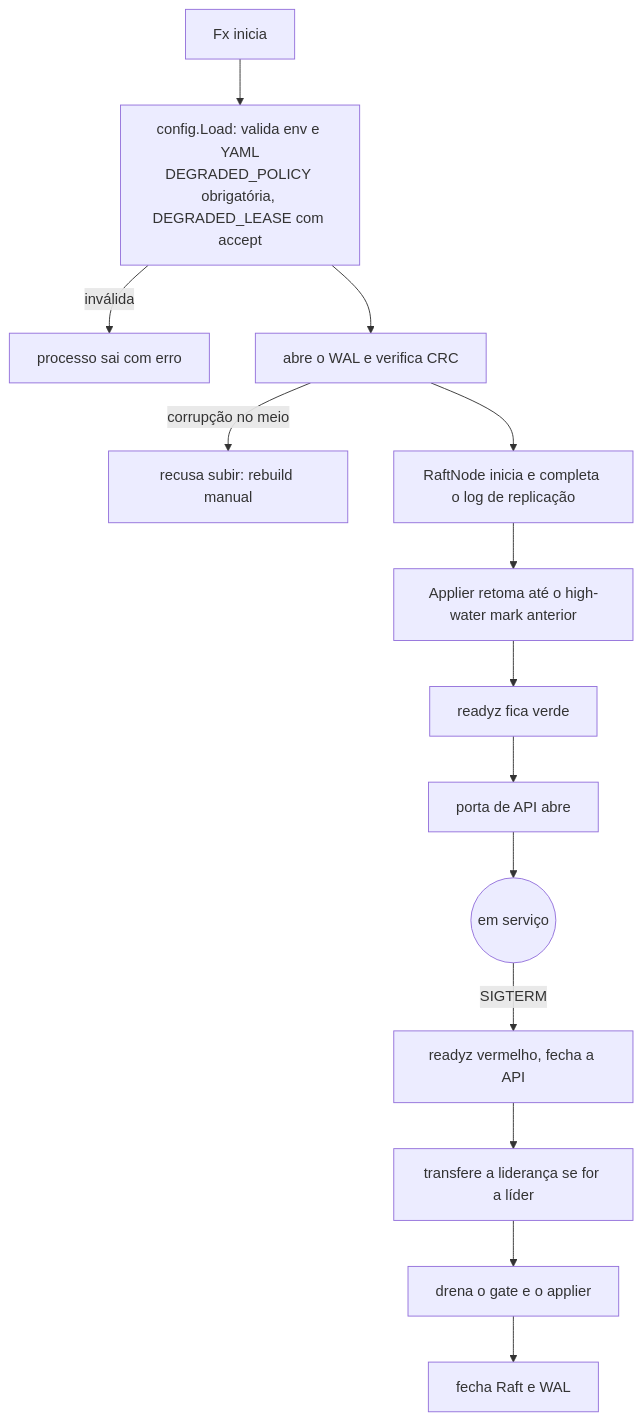
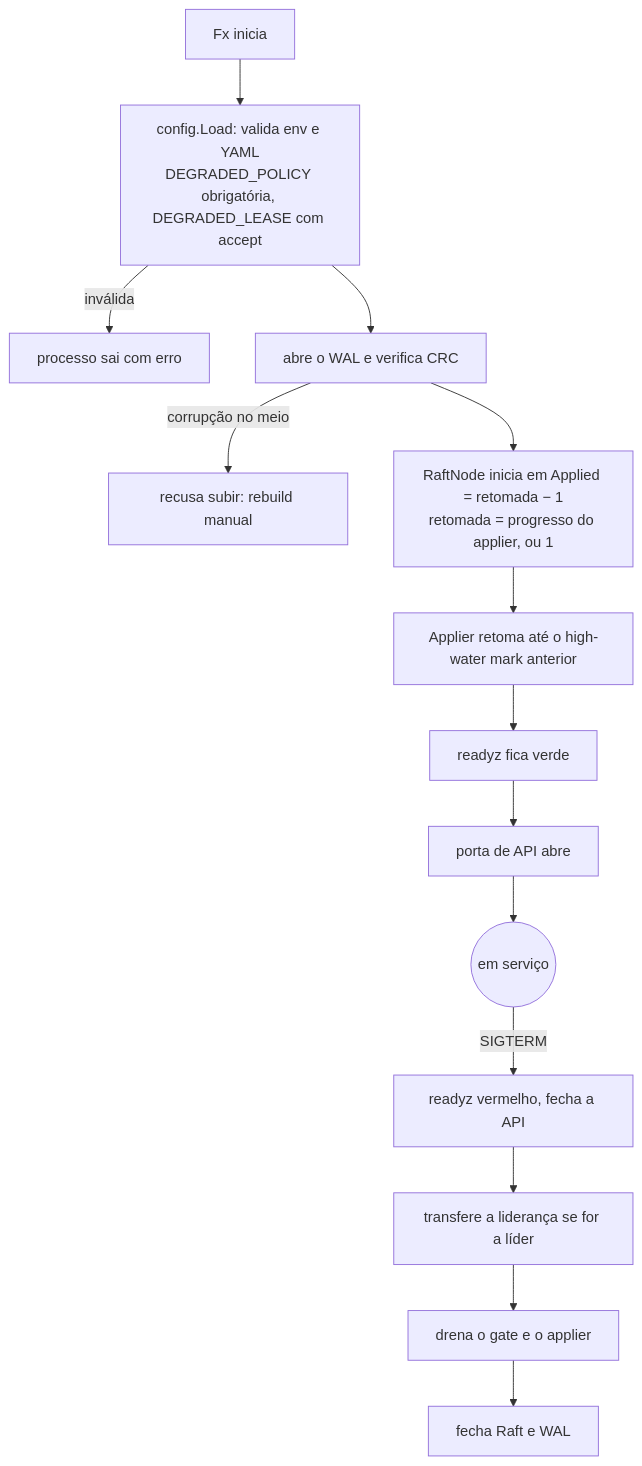
One commit to brbarmex/k changed the sixth of 10 diagrams in doc/05_implementacao/02_desenho_e_diagramas.md. Above: the diagram before and after it, drawn with Mermaid. The commit also changed other lines of this file and 197 other files, not shown here.

First line of the commit message:
Remove o log de replicação (replog) e todas as menções

````diff
--- a/doc/05_implementacao/02_desenho_e_diagramas.md
+++ b/doc/05_implementacao/02_desenho_e_diagramas.md
@@ -206,16 +204,16 @@
 ```mermaid
 flowchart TD
     A["Fx inicia"] --> B["config.Load: valida env e YAML<br/>DEGRADED_POLICY obrigatória, DEGRADED_LEASE com accept"]
     B -->|inválida| X["processo sai com erro"]
     B --> C["abre o WAL e verifica CRC"]
     C -->|corrupção no meio| Y["recusa subir: rebuild manual"]
-    C --> D["RaftNode inicia e completa o log de replicação"]
+    C --> D["RaftNode inicia em Applied = retomada − 1<br/>retomada = progresso do applier, ou 1"]
     D --> E["Applier retoma até o high-water mark anterior"]
     E --> F["readyz fica verde"]
     F --> G["porta de API abre"]
     G --> H(("em serviço"))
     H -->|SIGTERM| I["readyz vermelho, fecha a API"]
     I --> J["transfere a liderança se for a líder"]
     J --> K["drena o gate e o applier"]
     K --> L["fecha Raft e WAL"]
 ```
````
